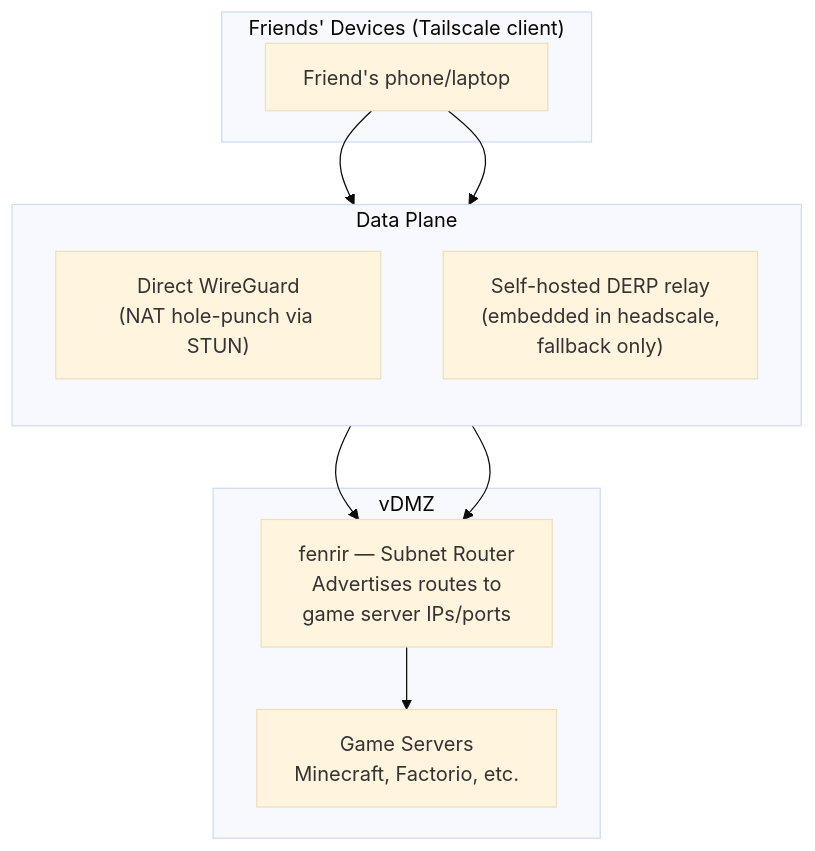
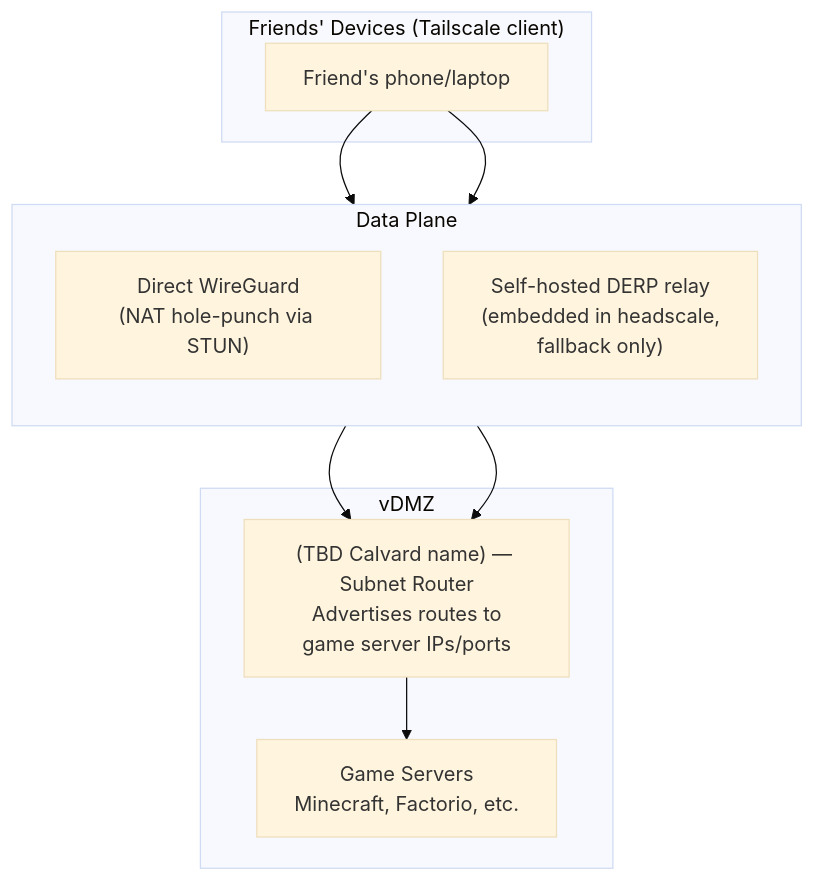
One commit to mutantmell/dotfiles changed the first of 3 diagrams in llm-notes/headscale-integration-plan.md. Above: the diagram before and after it, drawn with Mermaid (base theme). The commit also changed other lines of this file and 4 other files, not shown here.

````diff
--- a/llm-notes/headscale-integration-plan.md
+++ b/llm-notes/headscale-integration-plan.md
@@ -45,21 +45,21 @@
 ```mermaid
 flowchart TB
     subgraph friends["Friends' Devices (Tailscale client)"]
         F["Friend's phone/laptop"]
     end
 
     subgraph dataplane["Data Plane"]
         direction TB
         Direct["Direct WireGuard\n(NAT hole-punch via STUN)"]
         DERP["Self-hosted DERP relay\n(embedded in headscale,\nfallback only)"]
     end
 
     subgraph vdmz["vDMZ"]
-        Fenrir["fenrir — Subnet Router\nAdvertises routes to\ngame server IPs/ports"]
+        SubnetRouter["(TBD Calvard name) — Subnet Router\nAdvertises routes to\ngame server IPs/ports"]
         GS["Game Servers\nMinecraft, Factorio, etc."]
     end
 
     F --> Direct & DERP
-    Direct & DERP --> Fenrir
-    Fenrir --> GS
+    Direct & DERP --> SubnetRouter
+    SubnetRouter --> GS
 ```
````
